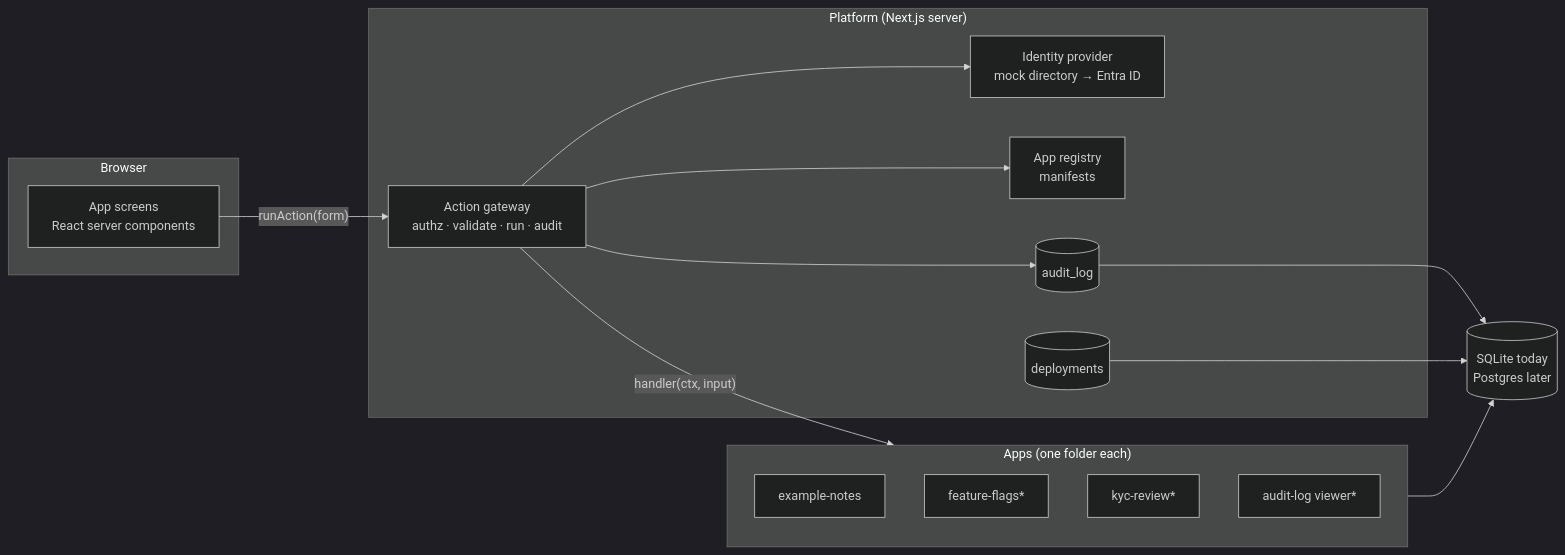
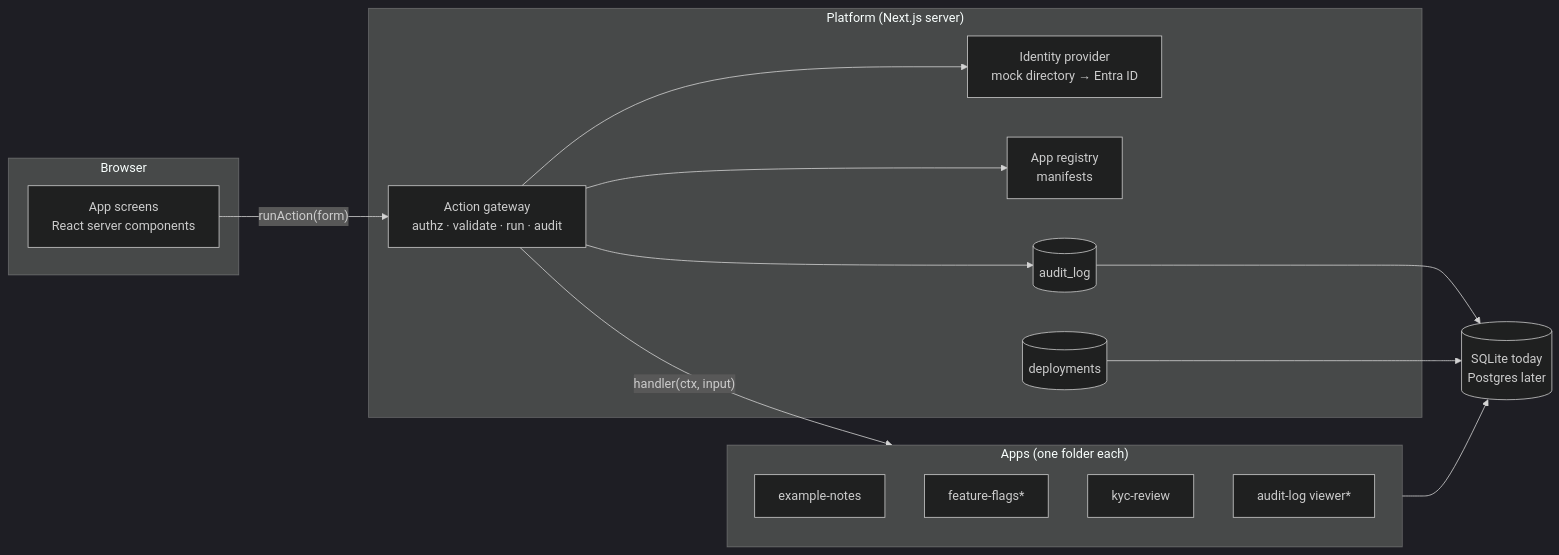
The first of 3 diagrams in README.md (RishabKalluri/cog_takehome), drawn with Mermaid (dark theme) before and after one commit. The commit also changed other lines of this file and 16 other files, not shown here.

Commit message:
KYC Review Queue app: state-machine workflow, queue + case pages, audit timeline, tests

````diff
--- a/README.md
+++ b/README.md
@@ -115,32 +116,32 @@
 ```mermaid
 flowchart LR
   subgraph Browser
     UI[App screens<br/>React server components]
   end
 
   subgraph Platform["Platform (Next.js server)"]
     ID[Identity provider<br/>mock directory → Entra ID]
     REG[App registry<br/>manifests]
     GW[Action gateway<br/>authz · validate · run · audit]
     AUD[(audit_log)]
     DEP[(deployments)]
   end
 
   subgraph Apps["Apps (one folder each)"]
     A1[example-notes]
     A2[feature-flags*]
-    A3[kyc-review*]
+    A3[kyc-review]
     A4[audit-log viewer*]
   end
 
   DB[(SQLite today<br/>Postgres later)]
 
   UI -- "runAction(form)" --> GW
   GW --> ID
   GW --> REG
   GW -- "handler(ctx, input)" --> Apps
   GW --> AUD
   Apps --> DB
   AUD --> DB
   DEP --> DB
 ```
````
